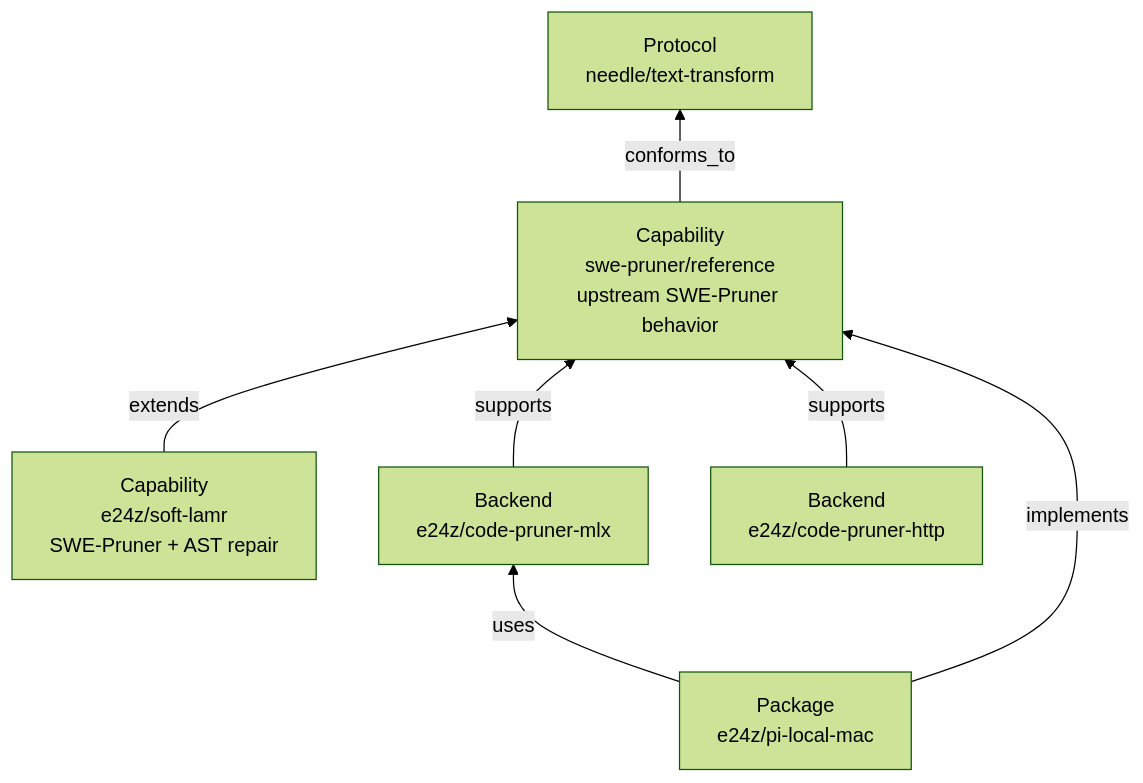
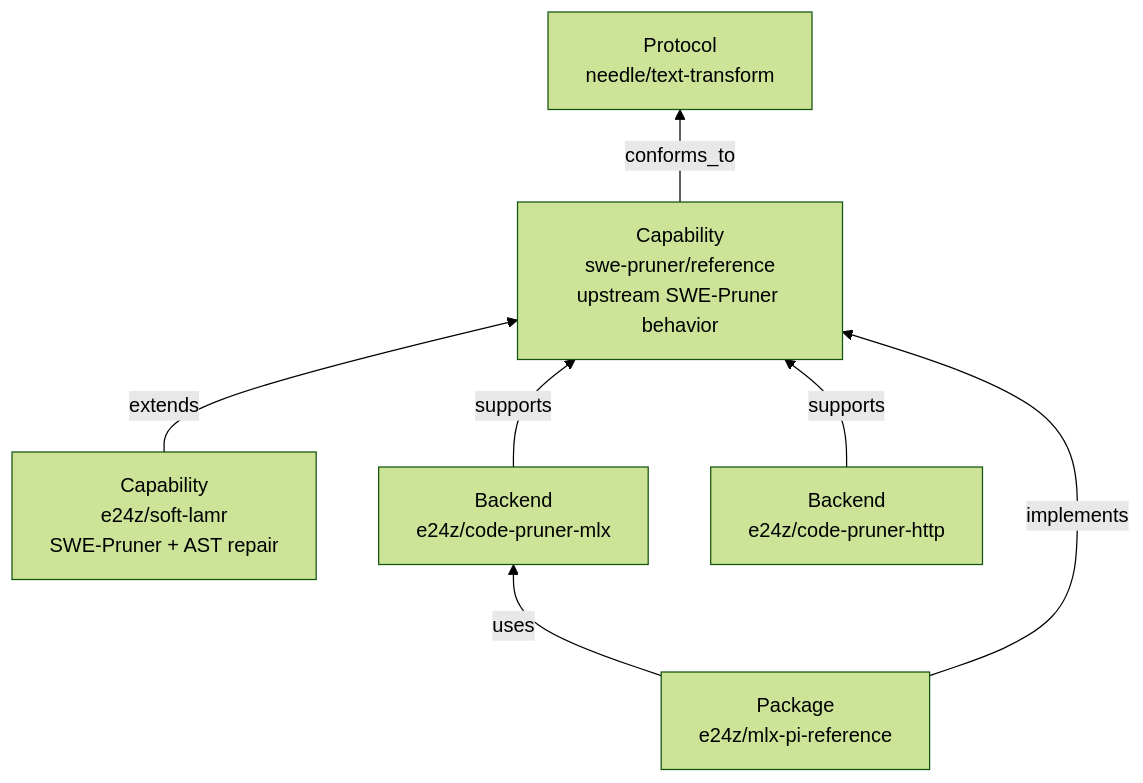
One commit to e24z/needle changed the first of 5 diagrams in docs/planning/NEEDLE-1.0-PRD.md. Above: the diagram before and after it, drawn with Mermaid (forest theme). The commit also changed other lines of this file and 35 other files, not shown here.

````diff
--- a/docs/planning/NEEDLE-1.0-PRD.md
+++ b/docs/planning/NEEDLE-1.0-PRD.md
@@ -176,16 +176,16 @@
 ```mermaid
 flowchart BT
     Protocol["Protocol<br/>needle/text-transform"]
     Ref["Capability<br/>swe-pruner/reference<br/>upstream SWE-Pruner behavior"]
     Soft["Capability<br/>e24z/soft-lamr<br/>SWE-Pruner + AST repair"]
     MLX["Backend<br/>e24z/code-pruner-mlx"]
     HTTP["Backend<br/>e24z/code-pruner-http"]
-    Package["Package<br/>e24z/pi-local-mac"]
+    Package["Package<br/>e24z/mlx-pi-reference"]
 
     Ref -->|"conforms_to"| Protocol
     Soft -->|"extends"| Ref
     MLX -->|"supports"| Ref
     HTTP -->|"supports"| Ref
     Package -->|"implements"| Ref
     Package -->|"uses"| MLX
 ```
````
